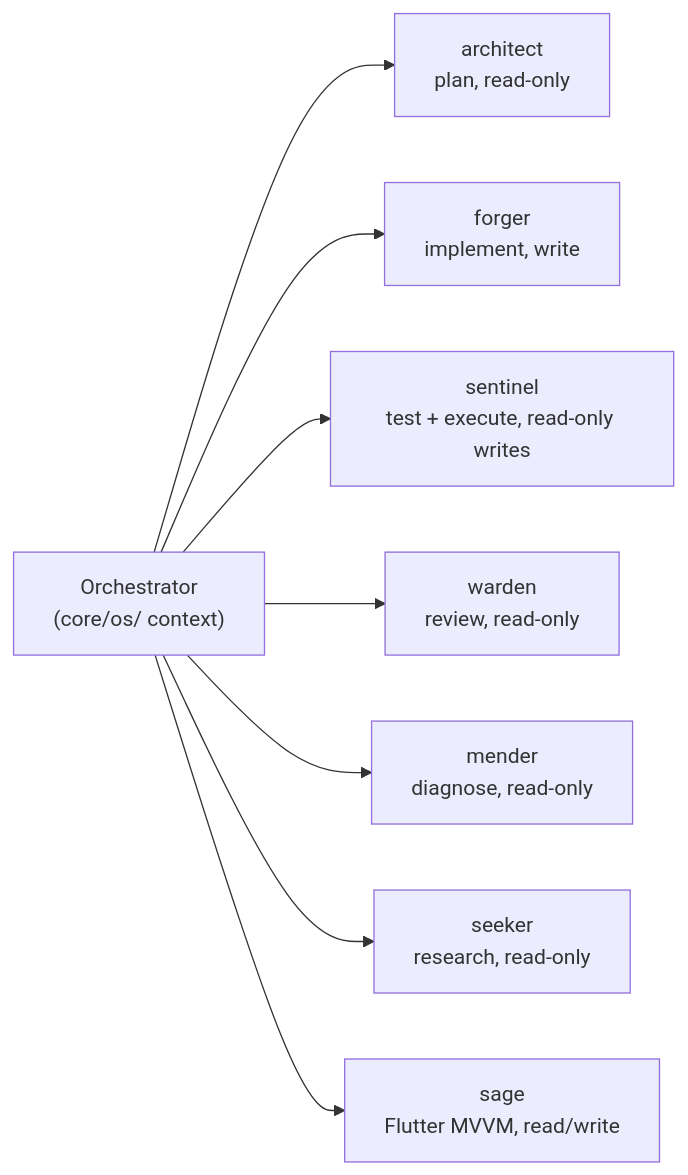
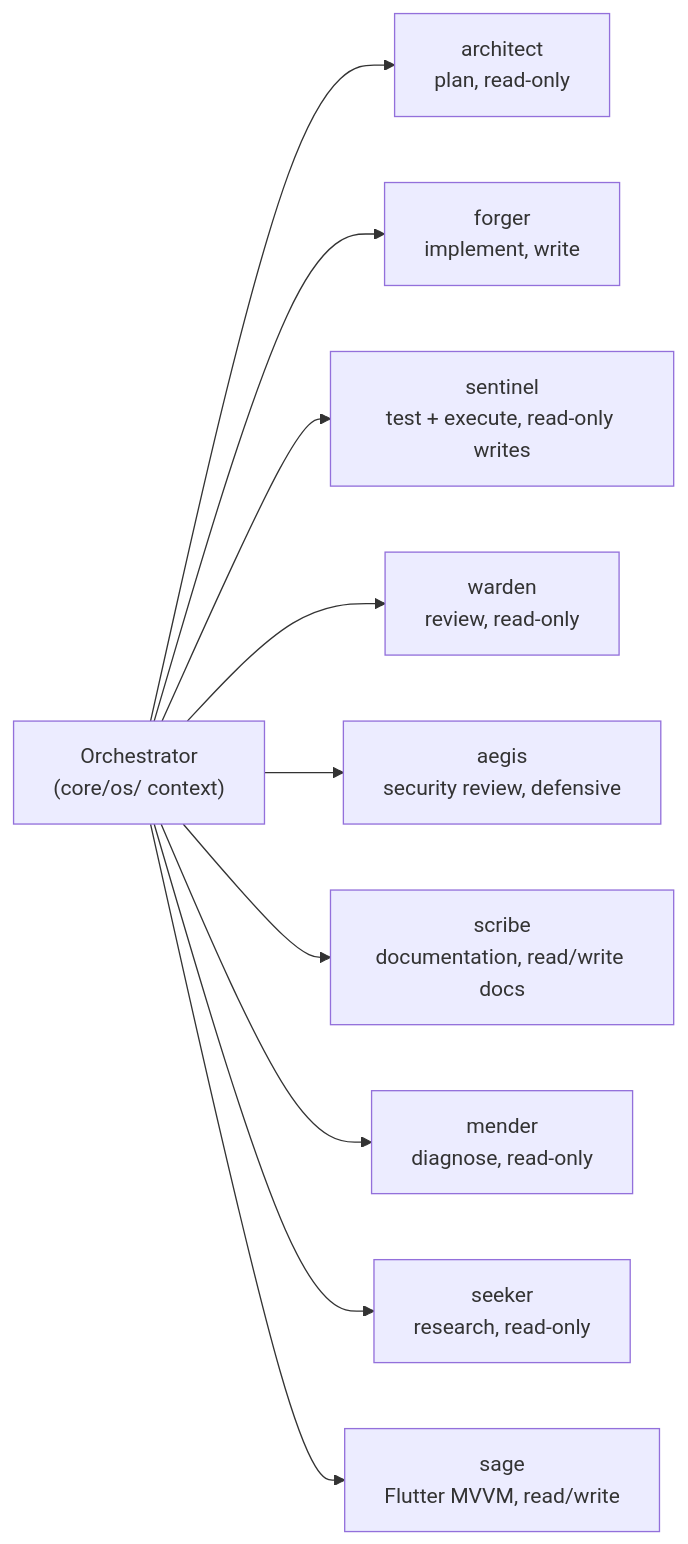
One commit to fiftynotai/igris-ai changed the fifth of 5 diagrams in docs/architecture/SYSTEM.md. Above: the diagram before and after it, drawn with Mermaid. The commit also changed other lines of this file and 7 other files, not shown here.

First line of the commit message:
fix(agents): promote aegis and scribe to core

````diff
--- a/docs/architecture/SYSTEM.md
+++ b/docs/architecture/SYSTEM.md
@@ -230,11 +230,13 @@
 ```mermaid
 flowchart LR
     O["Orchestrator<br/>(core/os/ context)"]
     O --> A["architect<br/>plan, read-only"]
     O --> F["forger<br/>implement, write"]
     O --> S["sentinel<br/>test + execute, read-only writes"]
     O --> W["warden<br/>review, read-only"]
+    O --> E["aegis<br/>security review, defensive"]
+    O --> D["scribe<br/>documentation, read/write docs"]
     O --> M["mender<br/>diagnose, read-only"]
     O --> K["seeker<br/>research, read-only"]
     O --> G["sage<br/>Flutter MVVM, read/write"]
 ```
````
